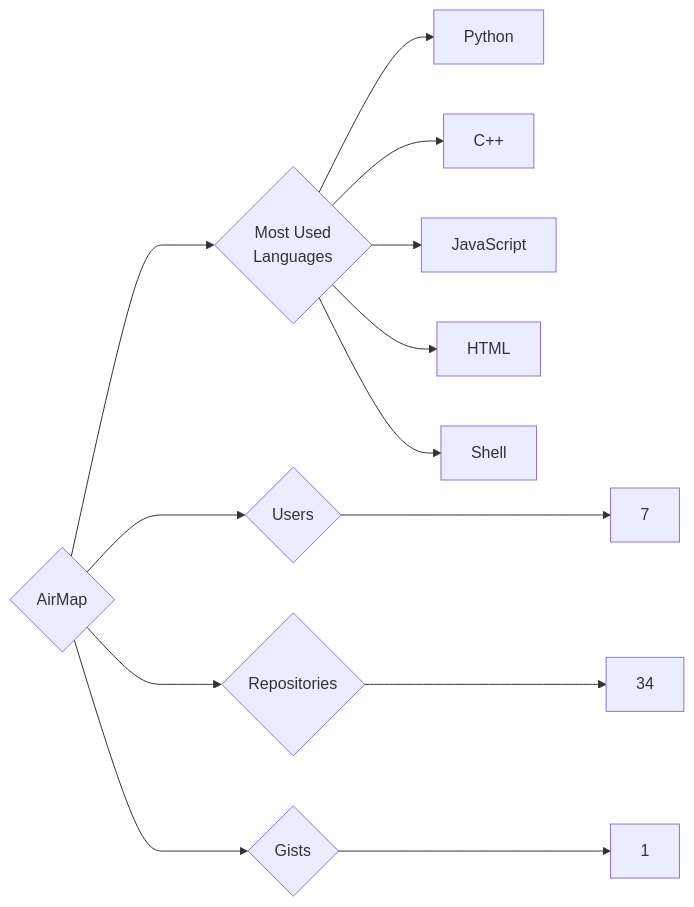
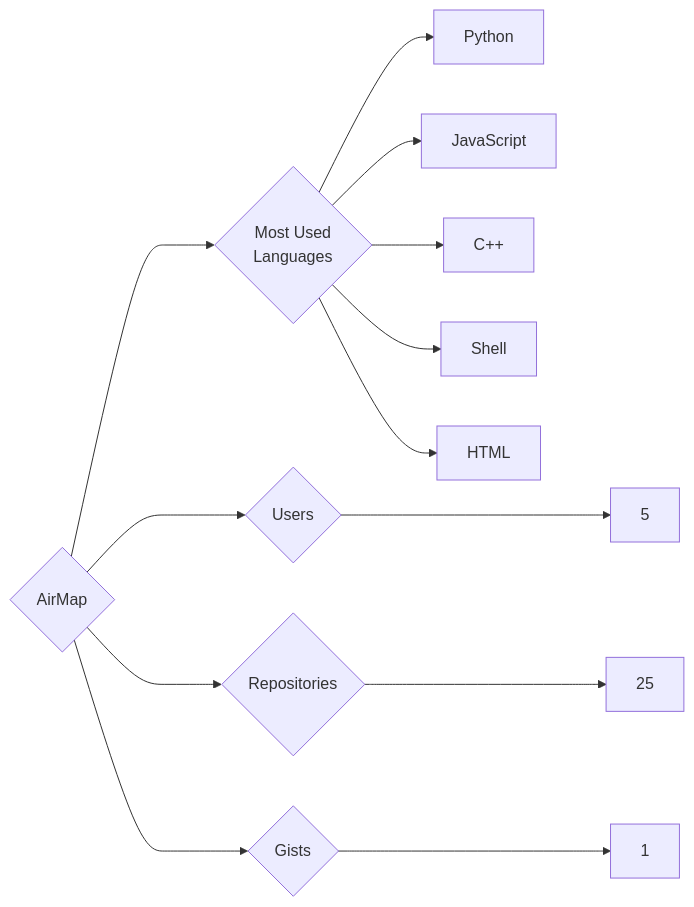
The diagram in targets/AirMap/README.md (trickest/insiders), drawn with Mermaid before and after one commit. The commit also changed 1175 other files, not shown here.

````diff
--- a/targets/AirMap/README.md
+++ b/targets/AirMap/README.md
@@ -3,13 +3,13 @@
 ```mermaid
 graph LR
 COMPANY_NAME{AirMap}
-COMPANY_NAME ---> U{Users} ---> UN[7]
-COMPANY_NAME ---> R{Repositories} ---> RN[34]
+COMPANY_NAME ---> U{Users} ---> UN[5]
+COMPANY_NAME ---> R{Repositories} ---> RN[25]
 COMPANY_NAME ---> G{Gists} ---> GN[1]
 COMPANY_NAME ---> ML{Most Used<br>Languages}
 ML --> Python[Python]
+ML --> JavaScript[JavaScript]
 ML --> C++[C++]
-ML --> JavaScript[JavaScript]
+ML --> Shell[Shell]
 ML --> HTML[HTML]
-ML --> Shell[Shell]
 ```
````
